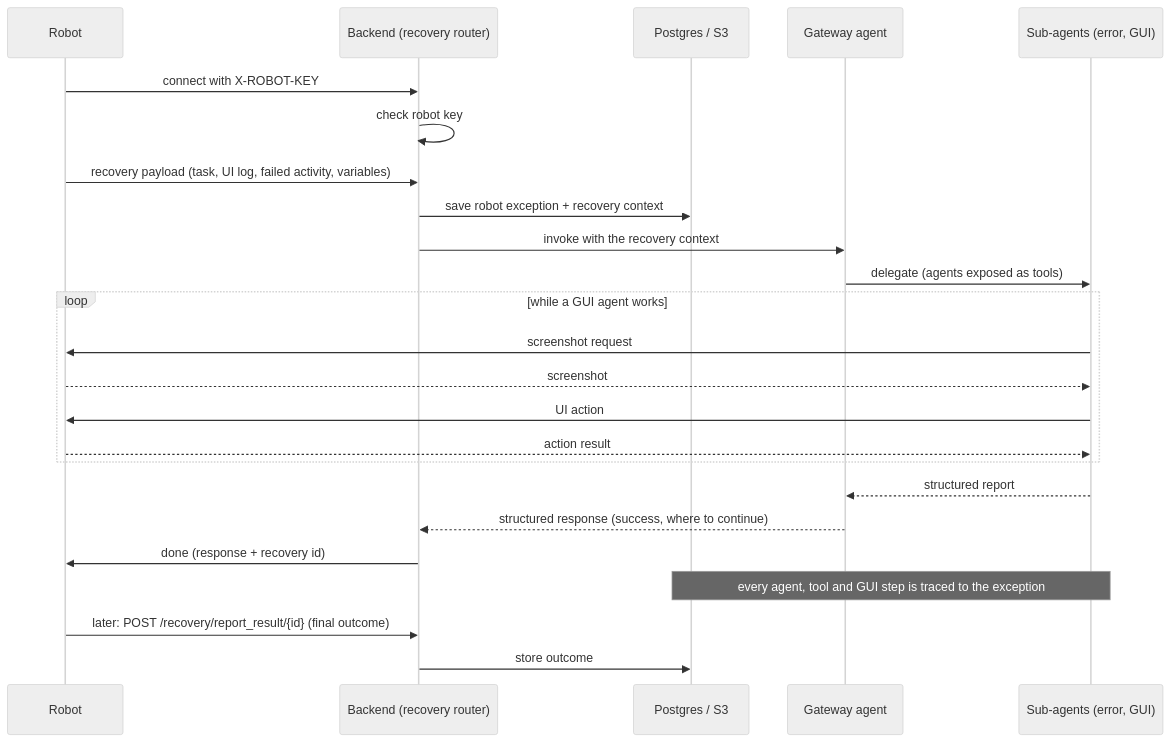
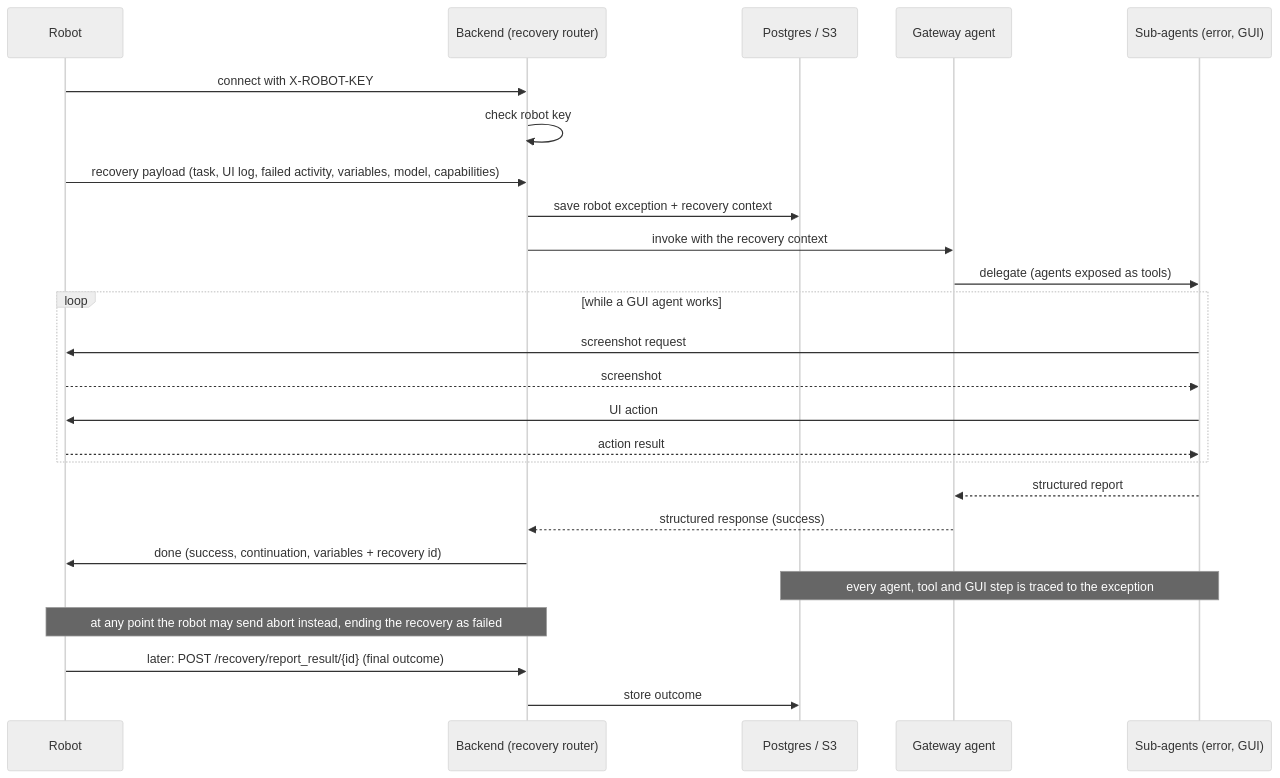
The diagram in ARCHITECTURE.md (TunixR/Reparo), drawn with Mermaid (neutral theme) before and after one commit. The commit also changed other lines of this file and 1 other file, not shown here.

First line of the commit message:
docs(recovery): document the robot protocol and the new answer

````diff
--- a/ARCHITECTURE.md
+++ b/ARCHITECTURE.md
@@ -29,27 +29,28 @@
 ```mermaid
 sequenceDiagram
     participant R as Robot
     participant WS as Backend (recovery router)
     participant DB as Postgres / S3
     participant G as Gateway agent
     participant S as Sub-agents (error, GUI)
 
     R->>WS: connect with X-ROBOT-KEY
     WS->>WS: check robot key
-    R->>WS: recovery payload (task, UI log, failed activity, variables)
+    R->>WS: recovery payload (task, UI log, failed activity, variables, model, capabilities)
     WS->>DB: save robot exception + recovery context
     WS->>G: invoke with the recovery context
     G->>S: delegate (agents exposed as tools)
     loop while a GUI agent works
         S->>R: screenshot request
         R-->>S: screenshot
         S->>R: UI action
         R-->>S: action result
     end
     S-->>G: structured report
-    G-->>WS: structured response (success, where to continue)
-    WS->>R: done (response + recovery id)
+    G-->>WS: structured response (success)
+    WS->>R: done (success, continuation, variables + recovery id)
     Note over S,DB: every agent, tool and GUI step is traced to the exception
+    Note over R,WS: at any point the robot may send abort instead, ending the recovery as failed
     R->>WS: later: POST /recovery/report_result/{id} (final outcome)
     WS->>DB: store outcome
 ```
````
